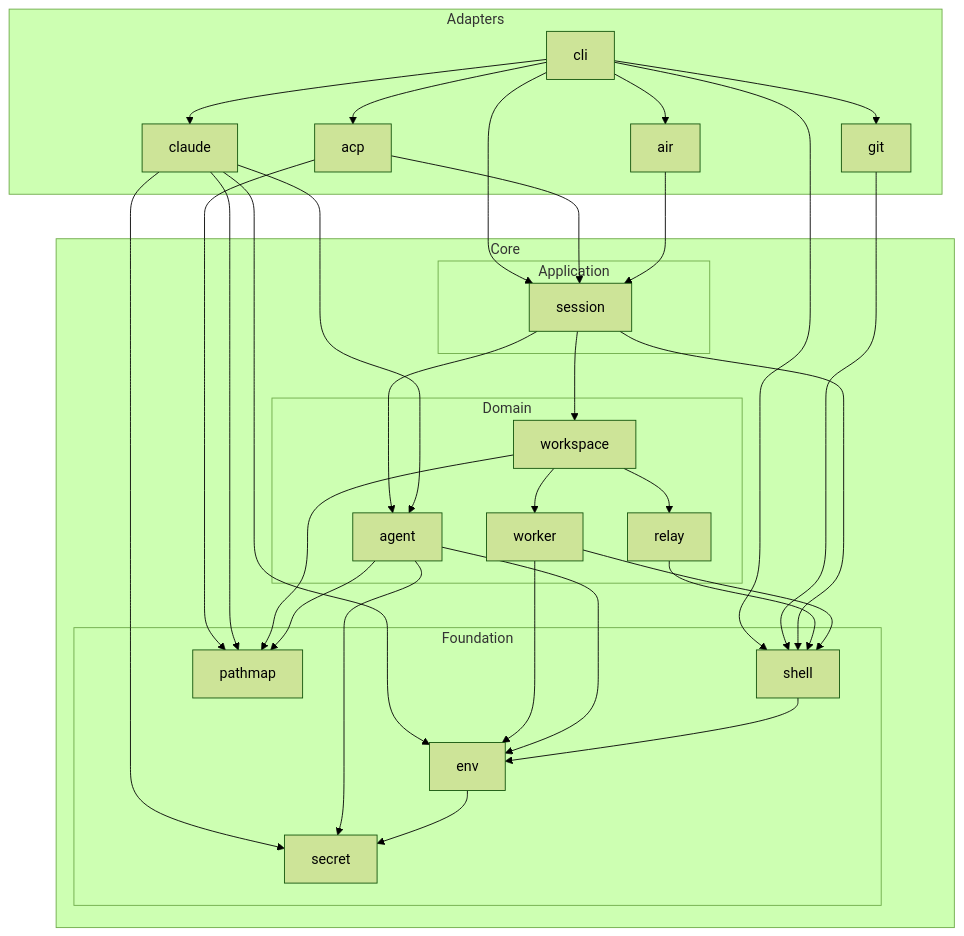
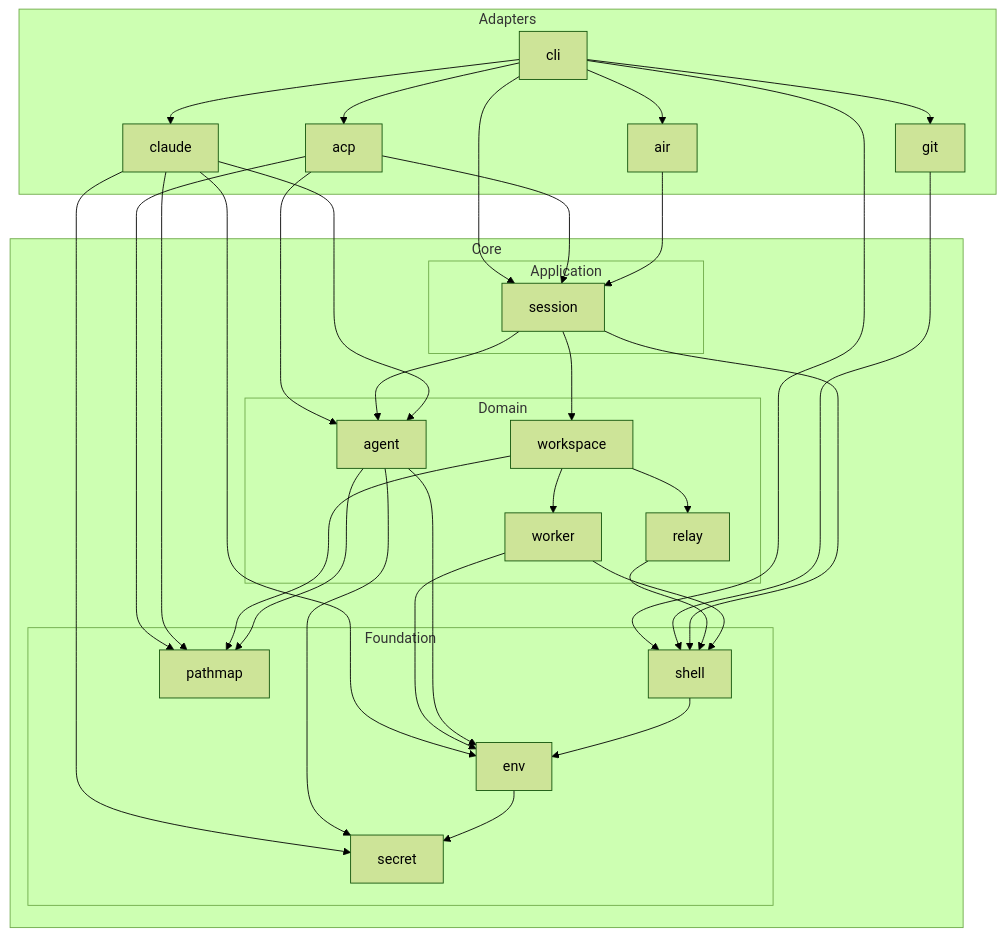
The sixth of 15 diagrams in docs/ARCHITECTURE.md (zerlok/hermod), drawn with Mermaid (forest theme) before and after one commit. The commit also changed other lines of this file and 6 other files, not shown here.

````diff
--- a/docs/ARCHITECTURE.md
+++ b/docs/ARCHITECTURE.md
@@ -280,55 +285,56 @@
 ```mermaid
 flowchart TD
     subgraph adapters["Adapters"]
         cli
         git
         acp
         air
         claude
     end
     subgraph core["Core"]
         subgraph app["Application"]
             session
         end
         subgraph domain["Domain"]
             workspace
             worker
             relay
             agent
         end
         subgraph foundation["Foundation"]
             shell
             env
             secret
             pathmap
         end
     end
     cli --> git
     cli --> acp
     cli --> session
     cli --> air
     cli --> claude
     cli --> shell
     git --> shell
     acp --> session
     acp --> pathmap
+    acp --> agent
     air --> session
     session --> workspace
     session --> agent
     session --> shell
     claude --> agent
     claude --> pathmap
     claude --> env
     claude --> secret
     workspace --> relay
     workspace --> worker
     workspace --> pathmap
     relay --> shell
     worker --> shell
     worker --> env
     agent --> pathmap
     agent --> env
     agent --> secret
     shell --> env
     env --> secret
 ```
````
